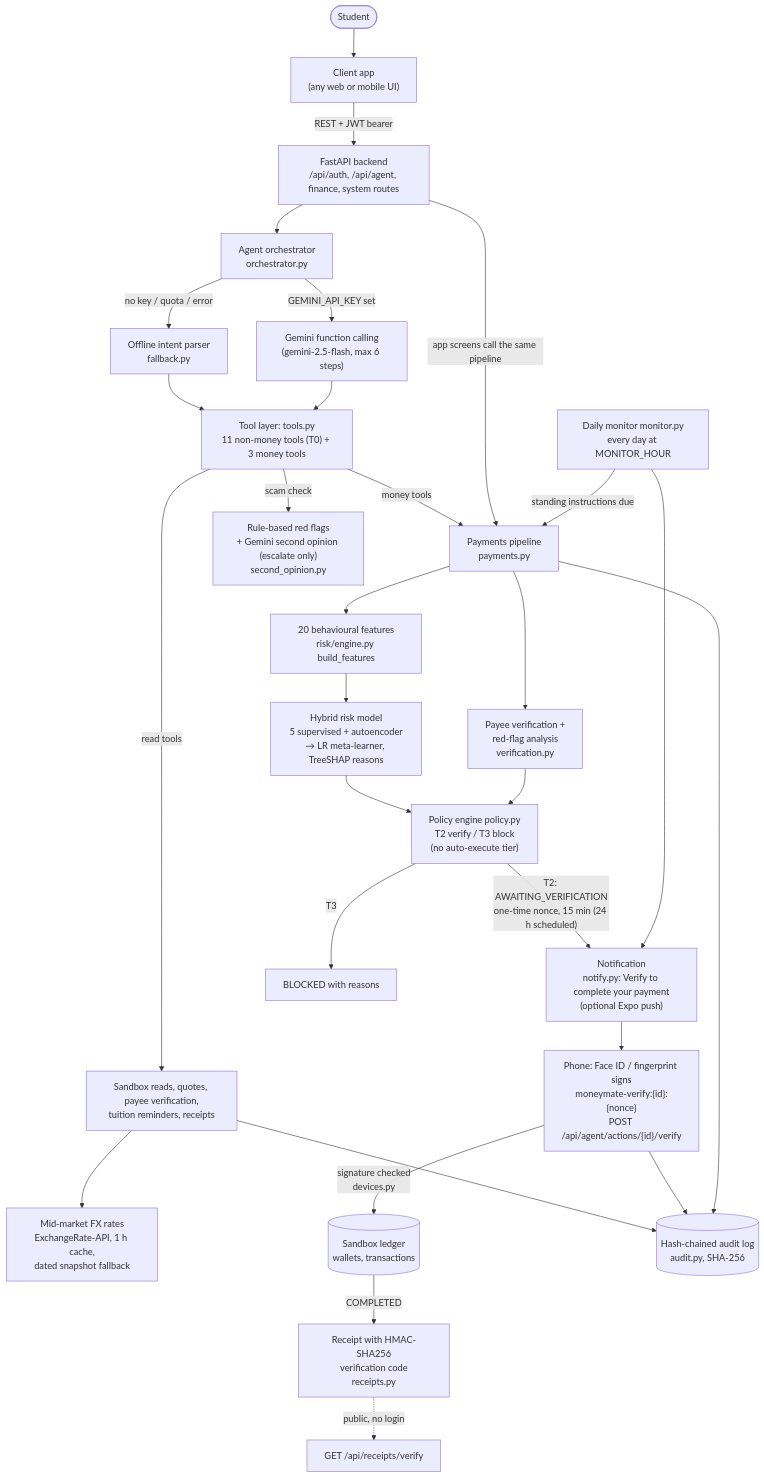
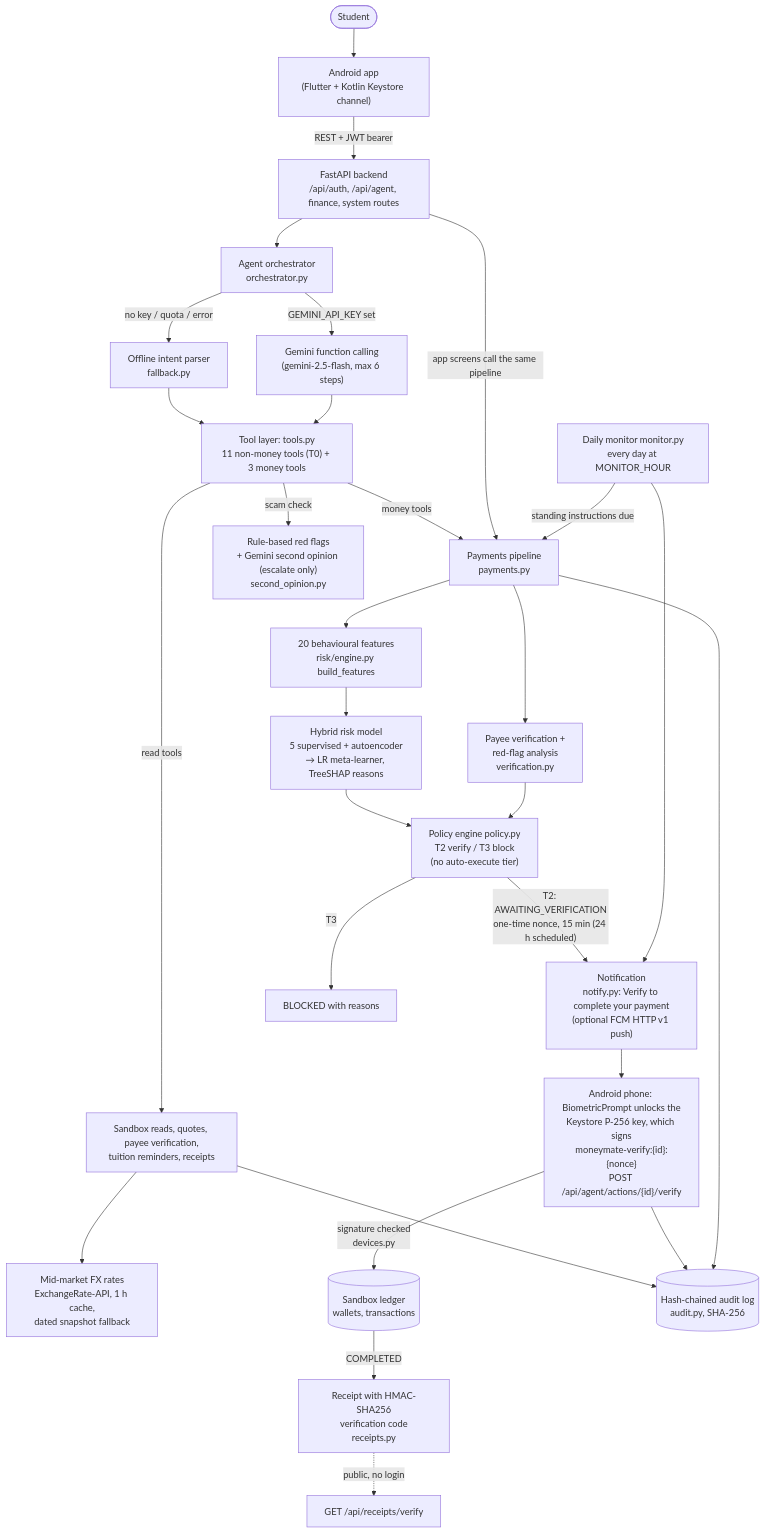
The diagram in docs/TECHNICAL_DOCUMENTATION.md (Kiyas-Mahmud/MoneyMate-Agent), drawn with Mermaid before and after one commit. The commit also changed other lines of this file and 17 other files, not shown here.

First line of the commit message:
Target Android: Keystore P-256 verification and FCM push

````diff
--- a/docs/TECHNICAL_DOCUMENTATION.md
+++ b/docs/TECHNICAL_DOCUMENTATION.md
@@ -49,36 +49,36 @@
 ```mermaid
 flowchart TD
-    S([Student]) --> UI["Client app<br/>(any web or mobile UI)"]
+    S([Student]) --> UI["Android app<br/>(Flutter + Kotlin Keystore channel)"]
     UI -- "REST + JWT bearer" --> API["FastAPI backend<br/>/api/auth, /api/agent, finance, system routes"]
 
     API --> ORCH["Agent orchestrator<br/>orchestrator.py"]
     ORCH -- "GEMINI_API_KEY set" --> GEM["Gemini function calling<br/>(gemini-2.5-flash, max 6 steps)"]
     ORCH -- "no key / quota / error" --> FB["Offline intent parser<br/>fallback.py"]
     GEM --> TOOLS["Tool layer: tools.py<br/>11 non-money tools (T0) + 3 money tools"]
     FB --> TOOLS
     MON["Daily monitor monitor.py<br/>every day at MONITOR_HOUR"] -- "standing instructions due" --> PAY
     MON --> NOTE
 
     API -- "app screens call the same pipeline" --> PAY
     TOOLS -- "read tools" --> READ["Sandbox reads, quotes, payee verification,<br/>tuition reminders, receipts"]
     TOOLS -- "scam check" --> SC["Rule-based red flags<br/>+ Gemini second opinion (escalate only)<br/>second_opinion.py"]
     READ --> FX["Mid-market FX rates<br/>ExchangeRate-API, 1 h cache,<br/>dated snapshot fallback"]
     TOOLS -- "money tools" --> PAY["Payments pipeline<br/>payments.py"]
 
     PAY --> VER["Payee verification +<br/>red-flag analysis<br/>verification.py"]
     PAY --> FEAT["20 behavioural features<br/>risk/engine.py build_features"]
     FEAT --> RISK["Hybrid risk model<br/>5 supervised + autoencoder<br/>→ LR meta-learner, TreeSHAP reasons"]
     VER --> POL
     RISK --> POL["Policy engine policy.py<br/>T2 verify / T3 block<br/>(no auto-execute tier)"]
 
-    POL -- "T2: AWAITING_VERIFICATION<br/>one-time nonce, 15 min (24 h scheduled)" --> NOTE["Notification<br/>notify.py: Verify to complete your payment<br/>(optional Expo push)"]
-    NOTE --> CONF["Phone: Face ID / fingerprint signs<br/>moneymate-verify:{id}:{nonce}<br/>POST /api/agent/actions/{id}/verify"]
+    POL -- "T2: AWAITING_VERIFICATION<br/>one-time nonce, 15 min (24 h scheduled)" --> NOTE["Notification<br/>notify.py: Verify to complete your payment<br/>(optional FCM HTTP v1 push)"]
+    NOTE --> CONF["Android phone: BiometricPrompt unlocks the<br/>Keystore P-256 key, which signs<br/>moneymate-verify:{id}:{nonce}<br/>POST /api/agent/actions/{id}/verify"]
     CONF -- "signature checked<br/>devices.py" --> LEDGER[("Sandbox ledger<br/>wallets, transactions")]
     POL -- "T3" --> BLK["BLOCKED with reasons"]
     LEDGER -- "COMPLETED" --> RCPT["Receipt with HMAC-SHA256<br/>verification code<br/>receipts.py"]
     RCPT -. "public, no login" .-> VERIFY["GET /api/receipts/verify"]
 
     PAY --> AUD[("Hash-chained audit log<br/>audit.py, SHA-256")]
     CONF --> AUD
     READ --> AUD
 ```
````
